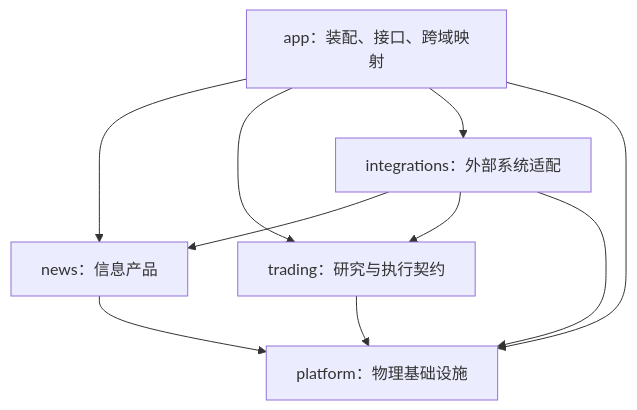
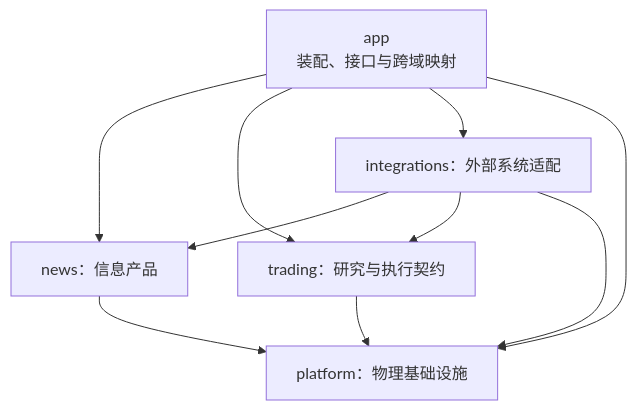
Before and after one commit to AnalyThothAI/tracefold: the second of 4 diagrams in docs/ARCHITECTURE.md, drawn with Mermaid. The commit also changed other lines of this file, not shown here.

Commit message:
docs: refine Chinese architecture diagram line breaks

````diff
--- a/docs/ARCHITECTURE.md
+++ b/docs/ARCHITECTURE.md
@@ -43,12 +43,12 @@
 ```mermaid
 flowchart TD
-    App["app：装配、接口、跨域映射"] --> News["news：信息产品"]
+    App["app<br/>装配、接口与跨域映射"] --> News["news：信息产品"]
     App --> Trading["trading：研究与执行契约"]
     App --> Integrations["integrations：外部系统适配"]
     App --> Platform["platform：物理基础设施"]
     Integrations --> News
     Integrations --> Trading
     Integrations --> Platform
     News --> Platform
     Trading --> Platform
 ```
````
